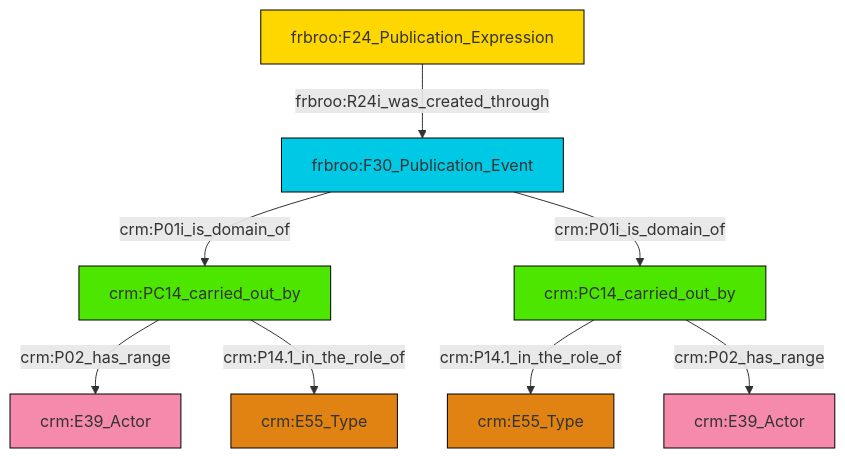
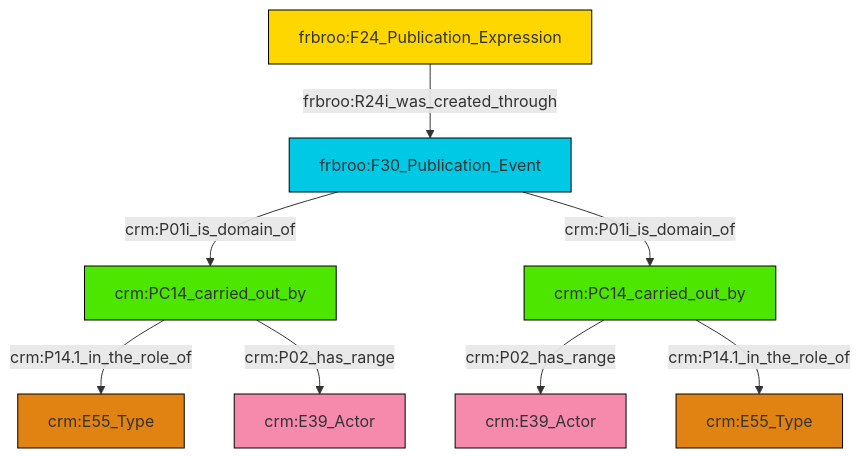
Before and after one commit to swiss-art-research-net/docs.swissartresearch: the diagram in et/biblioCSV/ttl/mmd/biblio_actor_relations.ttl.mmd, drawn with Mermaid. The commit also changed 204 other files, not shown here.

```diff
--- a/et/biblioCSV/ttl/mmd/biblio_actor_relations.ttl.mmd
+++ b/et/biblioCSV/ttl/mmd/biblio_actor_relations.ttl.mmd
@@ -1,22 +1,22 @@
 graph TD
 classDef Literal fill:#f2f2f2,stroke:#000000;
 classDef CRM_Entity fill:#FFFFFF,stroke:#000000;
 classDef Temporal_Entity fill:#00C9E6, stroke:#000000;
 classDef Type fill:#E18312, stroke:#000000;
 classDef Time-Span fill:#2C9C91, stroke:#000000;
 classDef Appellation fill:#FFEB7F, stroke:#000000;
 classDef Place fill:#008836, stroke:#000000;
 classDef Persistent_Item fill:#B266B2, stroke:#000000;
 classDef Conceptual_Object fill:#FFD700, stroke:#000000;
 classDef Physical_Thing fill:#D2B48C, stroke:#000000;
 classDef Actor fill:#f58aad, stroke:#000000;
 classDef PC_Classes fill:#4ce600, stroke:#000000;
 classDef Multi fill:#cccccc,stroke:#000000;
 
-0["crm:PC14_carried_out_by"]:::PC_Classes -->|crm:P02_has_range| 1["crm:E39_Actor"]:::Actor
-3["frbroo:F24_Publication_Expression"]:::Conceptual_Object -->|frbroo:R24i_was_created_through| 4["frbroo:F30_Publication_Event"]:::Temporal_Entity
-5["crm:PC14_carried_out_by"]:::PC_Classes -->|crm:P14.1_in_the_role_of| 8["crm:E55_Type"]:::Type
-4["frbroo:F30_Publication_Event"]:::Temporal_Entity -->|crm:P01i_is_domain_of| 0["crm:PC14_carried_out_by"]:::PC_Classes
-0["crm:PC14_carried_out_by"]:::PC_Classes -->|crm:P14.1_in_the_role_of| 10["crm:E55_Type"]:::Type
-4["frbroo:F30_Publication_Event"]:::Temporal_Entity -->|crm:P01i_is_domain_of| 5["crm:PC14_carried_out_by"]:::PC_Classes
-5["crm:PC14_carried_out_by"]:::PC_Classes -->|crm:P02_has_range| 13["crm:E39_Actor"]:::Actor
+0["frbroo:F30_Publication_Event"]:::Temporal_Entity -->|crm:P01i_is_domain_of| 1["crm:PC14_carried_out_by"]:::PC_Classes
+0["frbroo:F30_Publication_Event"]:::Temporal_Entity -->|crm:P01i_is_domain_of| 2["crm:PC14_carried_out_by"]:::PC_Classes
+1["crm:PC14_carried_out_by"]:::PC_Classes -->|crm:P14.1_in_the_role_of| 6["crm:E55_Type"]:::Type
+2["crm:PC14_carried_out_by"]:::PC_Classes -->|crm:P02_has_range| 4["crm:E39_Actor"]:::Actor
+2["crm:PC14_carried_out_by"]:::PC_Classes -->|crm:P14.1_in_the_role_of| 8["crm:E55_Type"]:::Type
+1["crm:PC14_carried_out_by"]:::PC_Classes -->|crm:P02_has_range| 11["crm:E39_Actor"]:::Actor
+9["frbroo:F24_Publication_Expression"]:::Conceptual_Object -->|frbroo:R24i_was_created_through| 0["frbroo:F30_Publication_Event"]:::Temporal_Entity
```
